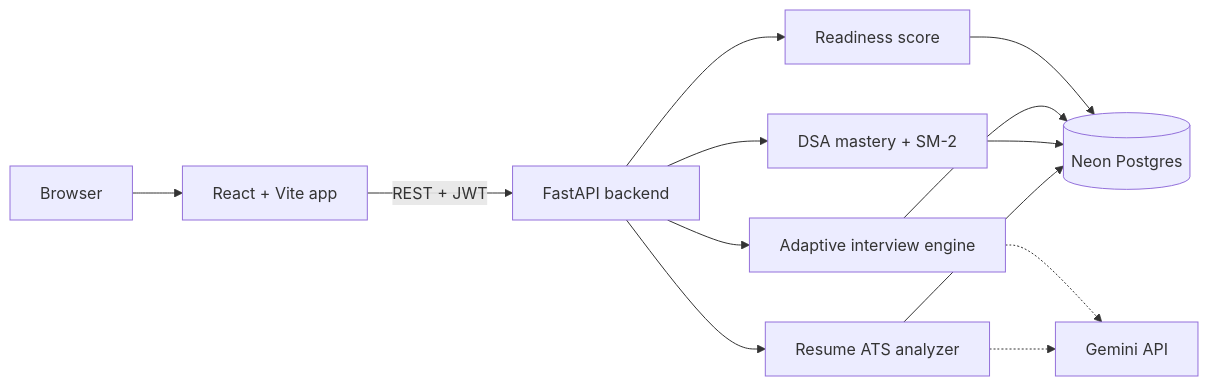
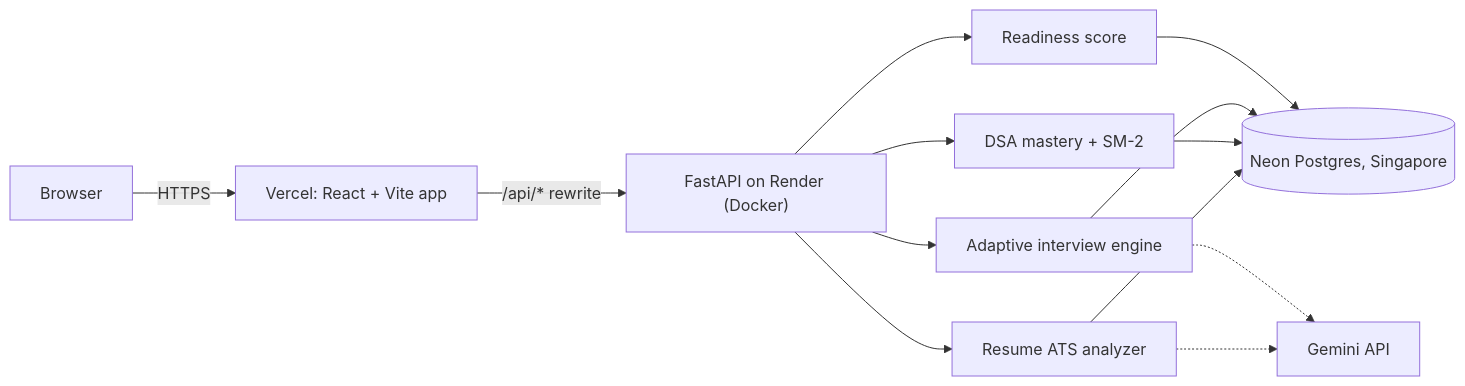
Before and after one commit to Fb-JAYRAJ/Placement-Copilot-: the first of 2 diagrams in README.md, drawn with Mermaid. The commit also changed other lines of this file, not shown here.

````diff
--- a/README.md
+++ b/README.md
@@ -74,15 +109,15 @@
 ```mermaid
 flowchart LR
-    Browser["Browser"] --> FE["React + Vite app"]
-    FE -->|"REST + JWT"| API["FastAPI backend"]
+    Browser["Browser"] -->|"HTTPS"| Vercel["Vercel: React + Vite app"]
+    Vercel -->|"/api/* rewrite"| API["FastAPI on Render (Docker)"]
     API --> ATS["Resume ATS analyzer"]
     API --> DSA["DSA mastery + SM-2"]
     API --> INT["Adaptive interview engine"]
     API --> RDY["Readiness score"]
-    ATS --> DB[("Neon Postgres")]
+    ATS --> DB[("Neon Postgres, Singapore")]
     DSA --> DB
     INT --> DB
     RDY --> DB
     ATS -.-> LLM["Gemini API"]
     INT -.-> LLM
 ```
````
